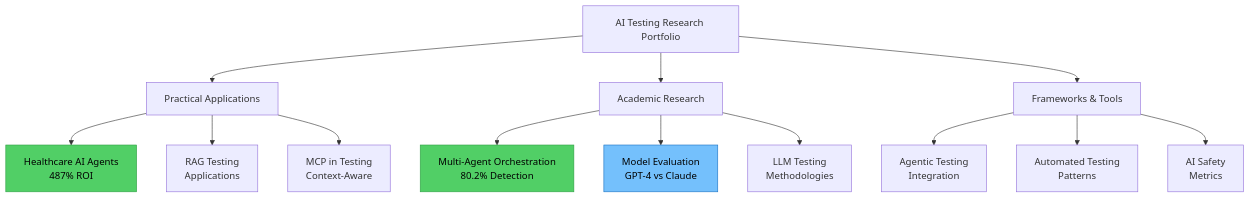
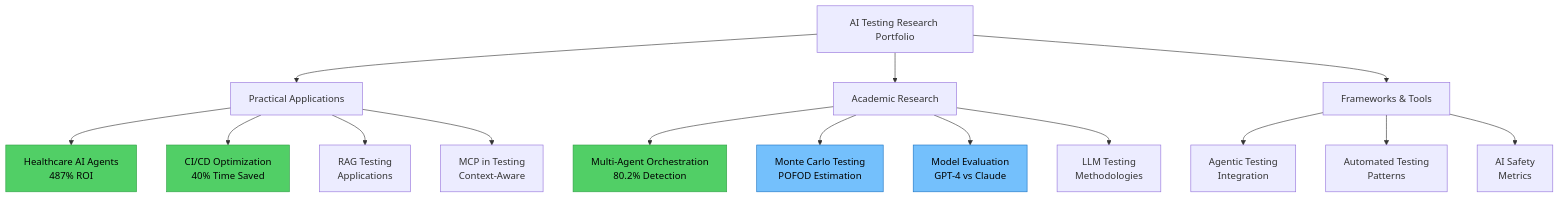
One commit to priyasanna/priyasol.github.io changed the diagram in README.md. Above: the diagram before and after it, drawn with Mermaid. The commit also changed other lines of this file and 1 other file, not shown here.

First line of the commit message:
docs: Add Monte Carlo notebooks to README and research index

````diff
--- a/README.md
+++ b/README.md
@@ -29,24 +29,28 @@
 ```mermaid
 graph TB
     Research[AI Testing Research Portfolio]
     
     Research --> Practical[Practical Applications]
     Research --> Academic[Academic Research]
     Research --> Tools[Frameworks & Tools]
     
     Practical --> Healthcare[Healthcare AI Agents<br/>487% ROI]
+    Practical --> CICD[CI/CD Optimization<br/>40% Time Saved]
     Practical --> RAG[RAG Testing<br/>Applications]
     Practical --> MCP[MCP in Testing<br/>Context-Aware]
     
     Academic --> MultiAgent[Multi-Agent Orchestration<br/>80.2% Detection]
+    Academic --> MonteCarlo[Monte Carlo Testing<br/>POFOD Estimation]
     Academic --> Evaluation[Model Evaluation<br/>GPT-4 vs Claude]
     Academic --> LLMTest[LLM Testing<br/>Methodologies]
     
     Tools --> Agentic[Agentic Testing<br/>Integration]
     Tools --> Patterns[Automated Testing<br/>Patterns]
     Tools --> Safety[AI Safety<br/>Metrics]
     
     style Healthcare fill:#51cf66,stroke:#2f9e44,color:#000
+    style CICD fill:#51cf66,stroke:#2f9e44,color:#000
     style MultiAgent fill:#51cf66,stroke:#2f9e44,color:#000
+    style MonteCarlo fill:#74c0fc,stroke:#1971c2,color:#000
     style Evaluation fill:#74c0fc,stroke:#1971c2,color:#000
 ```
````
